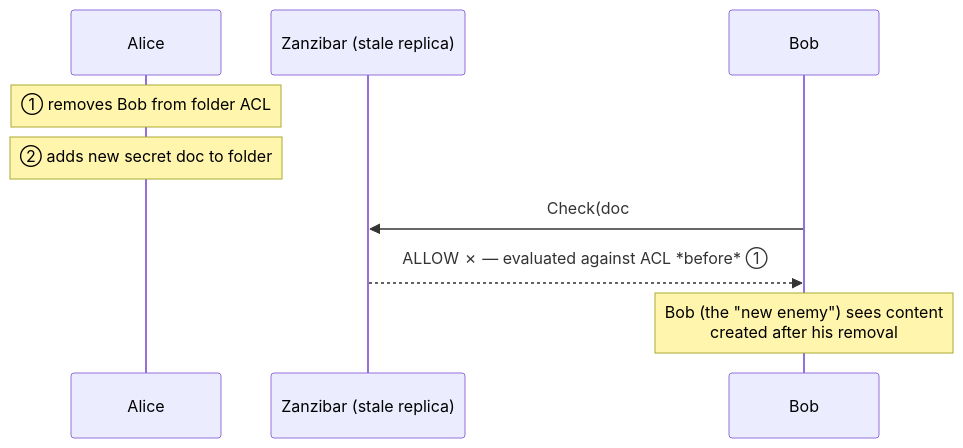
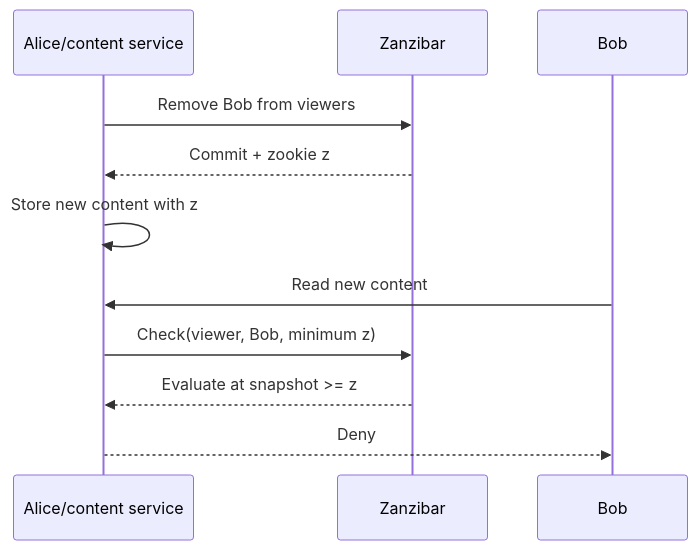
One commit to babushkai/system-design-patterns changed the first of 2 diagrams in 09-whitepapers/11-zanzibar.md. Above: the diagram before and after it, drawn with Mermaid. The commit also changed other lines of this file and 190 other files, not shown here.

````diff
--- a/09-whitepapers/11-zanzibar.md
+++ b/09-whitepapers/11-zanzibar.md
@@ -60,12 +94,14 @@
 ```mermaid
 sequenceDiagram
-    participant A as Alice
-    participant Z as Zanzibar (stale replica)
+    participant A as Alice/content service
+    participant Z as Zanzibar
     participant B as Bob
 
-    Note over A: ① removes Bob from folder ACL
-    Note over A: ② adds new secret doc to folder
-    B->>Z: Check(doc#viewer@bob)
-    Z-->>B: ALLOW ✗ — evaluated against ACL *before* ①
-    Note over B: Bob (the "new enemy") sees content<br/>created after his removal
+    A->>Z: Remove Bob from viewers
+    Z-->>A: Commit + zookie z
+    A->>A: Store new content with z
+    B->>A: Read new content
+    A->>Z: Check(viewer, Bob, minimum z)
+    Z-->>A: Evaluate at snapshot >= z
+    A-->>B: Deny
 ```
````
